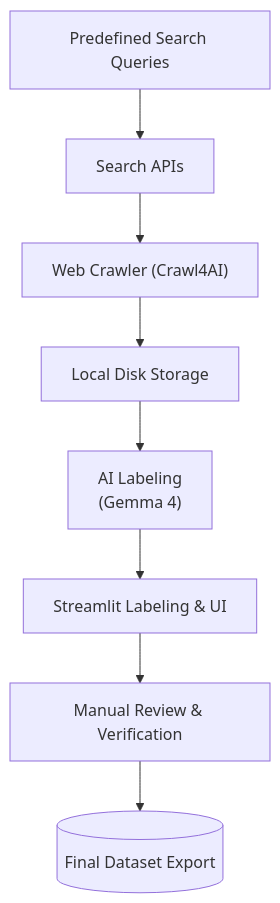
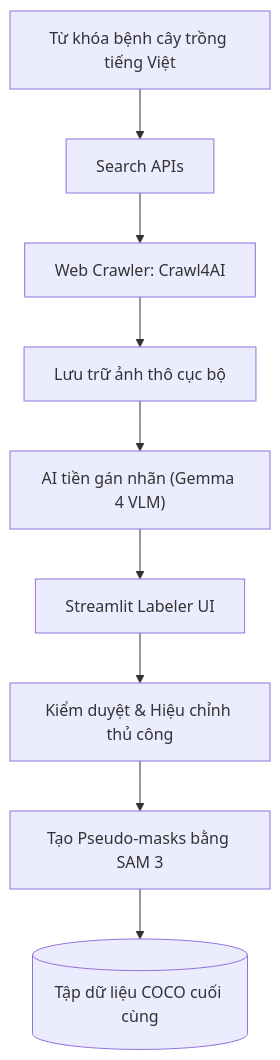
One commit to nh-atuan/ml-vietnam-plant-disease-detection changed the second of 2 diagrams in README.md. Above: the diagram before and after it, drawn with Mermaid. The commit also changed other lines of this file, not shown here.

Commit message:
docs: restructure and enrich root README.md with system architecture and metrics

````diff
--- a/README.md
+++ b/README.md
@@ -46,10 +49,11 @@
 ```mermaid
 graph TD
-  A[Predefined Search Queries] --> B[Search APIs]
-  B --> C["Web Crawler (Crawl4AI)"]
-  C --> D[Local Disk Storage]
-  D --> E["AI Labeling<br/>(Gemma 4)"]
-  E --> F[Streamlit Labeling & UI]
-  F --> G[Manual Review & Verification]
-  G --> H[(Final Dataset Export)]
+  A[Từ khóa bệnh cây trồng tiếng Việt] --> B[Search APIs]
+  B --> C[Web Crawler: Crawl4AI]
+  C --> D[Lưu trữ ảnh thô cục bộ]
+  D --> E["AI tiền gán nhãn (Gemma 4 VLM)"]
+  E --> F[Streamlit Labeler UI]
+  F --> G[Kiểm duyệt & Hiệu chỉnh thủ công]
+  G --> H[Tạo Pseudo-masks bằng SAM 3]
+  H --> I[(Tập dữ liệu COCO cuối cùng)]
 ```
````
